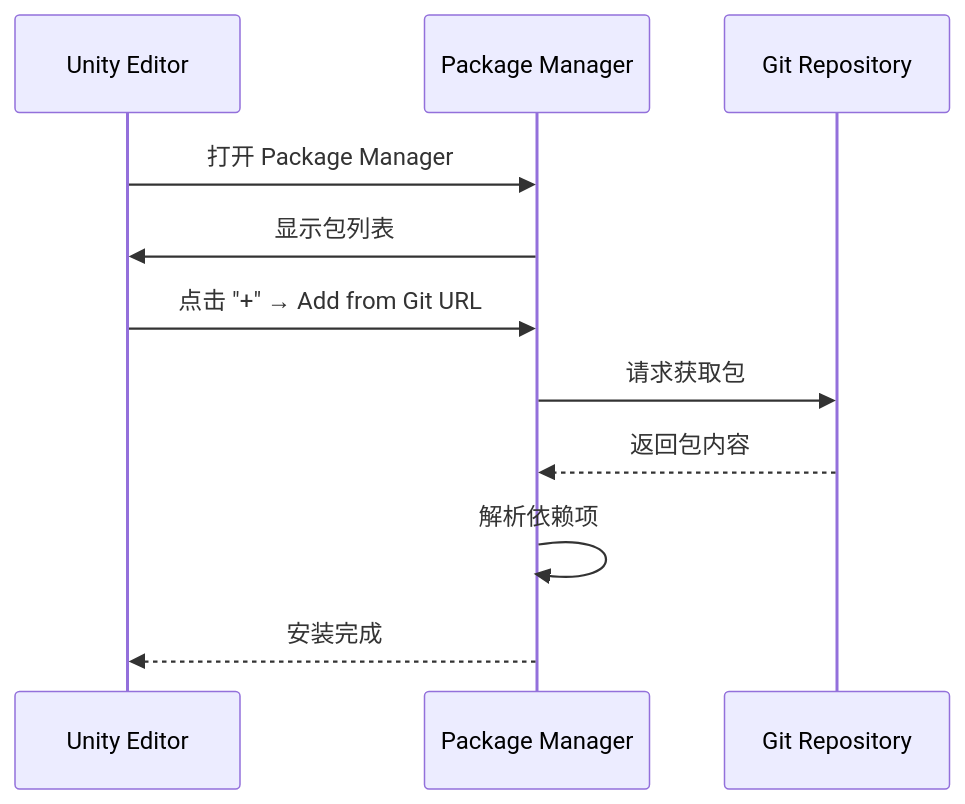
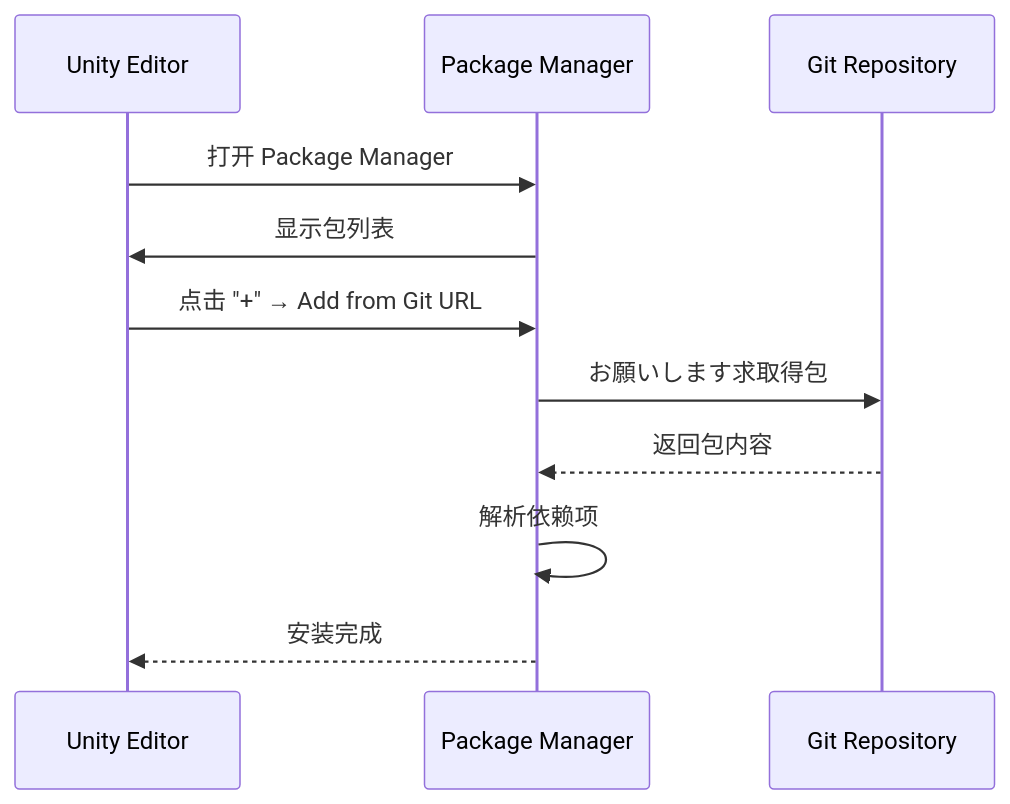
The second of 2 diagrams in docs/ja/client/unity/component/ui-ugui/02.installation.md (AlianBlank/GameFrameX.Docs), drawn with Mermaid before and after one commit. The commit also changed other lines of this file and 603 other files, not shown here.

````diff
--- a/docs/ja/client/unity/component/ui-ugui/02.installation.md
+++ b/docs/ja/client/unity/component/ui-ugui/02.installation.md
@@ -72,14 +72,14 @@
 ```mermaid
 sequenceDiagram
     participant Unity as Unity Editor
     participant PM as Package Manager
     participant Git as Git Repository
     
     Unity->>PM: 打开 Package Manager
     PM->>Unity: 显示包列表
     Unity->>PM: 点击 "+" → Add from Git URL
-    PM->>Git: 请求获取包
+    PM->>Git: お願いします求取得包
     Git-->>PM: 返回包内容
     PM->>PM: 解析依赖项
     PM-->>Unity: 安装完成
 ```
````
